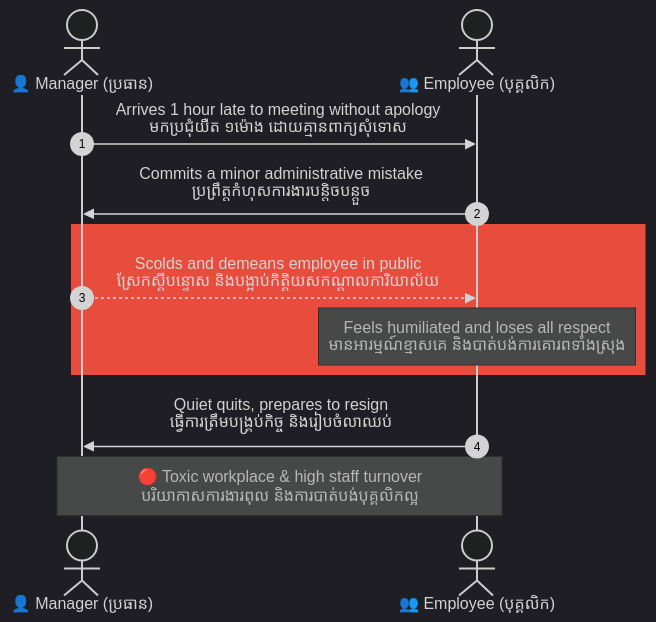
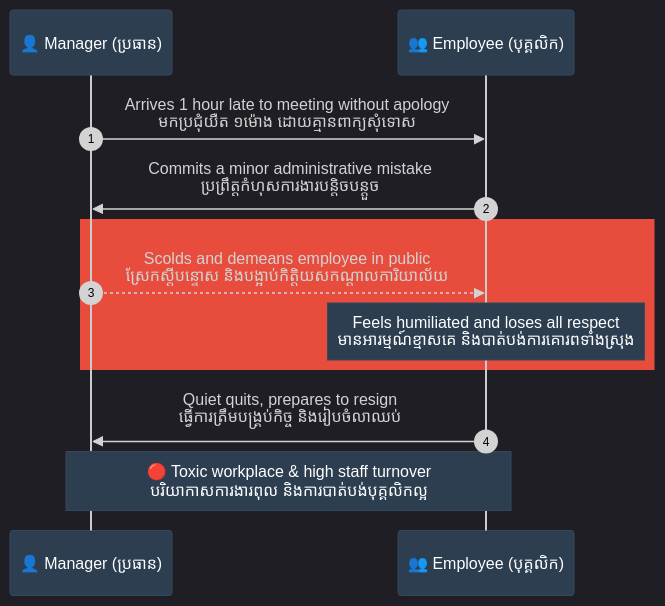
Before and after one commit to iblogger855/iblogger-feeds: the fourth of 6 diagrams in feeds/concepts/articles/03-science-of-communication-eq-flaws.md, drawn with Mermaid. The commit also changed other lines of this file and 1 other file, not shown here.

Commit message:
style(visual): fix sequence diagram text and actor backgrounds for light mode compatibility

````diff
--- a/feeds/concepts/articles/03-science-of-communication-eq-flaws.md
+++ b/feeds/concepts/articles/03-science-of-communication-eq-flaws.md
@@ -248,27 +266,33 @@
 ```mermaid
 %%{init: {
   'theme': 'dark',
   'themeVariables': {
     'background': '#1e1e1e',
     'primaryTextColor': '#ffffff',
-    'lineColor': '#a0a0a0'
+    'lineColor': '#a0a0a0',
+    'actorBkg': '#2c3e50',
+    'actorBorder': '#34495e',
+    'actorTextColor': '#ffffff',
+    'noteBkgColor': '#2c3e50',
+    'noteTextColor': '#ffffff',
+    'noteBorderColor': '#34495e'
   },
-  'themeCSS': 'svg { background-color: #1e1e1e !important; padding: 1rem !important; border-radius: 8px !important; } .edgeLabel rect { fill: #1e1e1e !important; } text, tspan { fill: #ffffff !important; }'
+  'themeCSS': 'svg { background-color: #1e1e1e !important; padding: 1rem !important; border-radius: 8px !important; } .edgeLabel rect { fill: #1e1e1e !important; } text, tspan { fill: #ffffff !important; } @media (prefers-color-scheme: light) { text, tspan, .messageText, .signalText { fill: #1e1e1e !important; } .actor text, .actor tspan, .note text, .note tspan, .loopText, .loopText tspan { fill: #ffffff !important; } }'
 }}%%
 sequenceDiagram
     autonumber
-    actor Mgr as 👤 Manager (ប្រធាន)
-    actor Emp as 👥 Employee (បុគ្គលិក)
+    participant Mgr as 👤 Manager (ប្រធាន)
+    participant Emp as 👥 Employee (បុគ្គលិក)
 
     Mgr->>Emp: Arrives 1 hour late to meeting without apology<br/>មកប្រជុំយឺត ១ម៉ោង ដោយគ្មានពាក្យសុំទោស
     
     Emp->>Mgr: Commits a minor administrative mistake<br/>ប្រព្រឹត្តកំហុសការងារបន្តិចបន្តួច
     
     rect rgb(231, 76, 60)
         Mgr-->>Emp: Scolds and demeans employee in public<br/>ស្រែកស្តីបន្ទោស និងបង្អាប់កិត្តិយសកណ្តាលការិយាល័យ
         Note over Emp: Feels humiliated and loses all respect<br/>មានអារម្មណ៍ខ្មាសគេ និងបាត់បង់ការគោរពទាំងស្រុង
     end
     
     Emp->>Mgr: Quiet quits, prepares to resign<br/>ធ្វើការត្រឹមបង្គ្រប់កិច្ច និងរៀបចំលាឈប់
     Note over Mgr, Emp: 🔴 Toxic workplace & high staff turnover<br/>បរិយាកាសការងារពុល និងការបាត់បង់បុគ្គលិកល្អ
 ```
````
